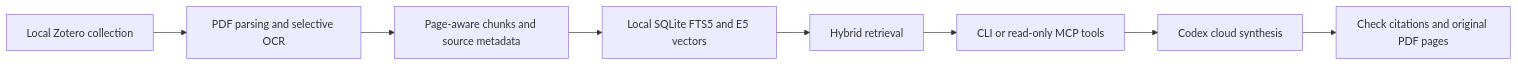
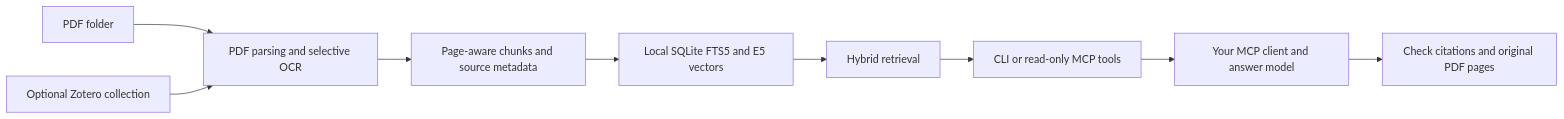
One commit to FrankPan-30/epilepsy-research-rag changed the diagram in README.md. Above: the diagram before and after it, drawn with Mermaid. The commit also changed other lines of this file and 21 other files, not shown here.

Commit message:
Support PDF folder libraries and configurable MCP clients

````diff
--- a/README.md
+++ b/README.md
@@ -53,10 +54,11 @@
 ```mermaid
 flowchart LR
-    A[Local Zotero collection] --> B[PDF parsing and selective OCR]
+    A[PDF folder] --> B[PDF parsing and selective OCR]
+    Z[Optional Zotero collection] --> B
     B --> C[Page-aware chunks and source metadata]
     C --> D[Local SQLite FTS5 and E5 vectors]
     D --> E[Hybrid retrieval]
     E --> F[CLI or read-only MCP tools]
-    F --> G[Codex cloud synthesis]
+    F --> G[Your MCP client and answer model]
     G --> H[Check citations and original PDF pages]
 ```
````
